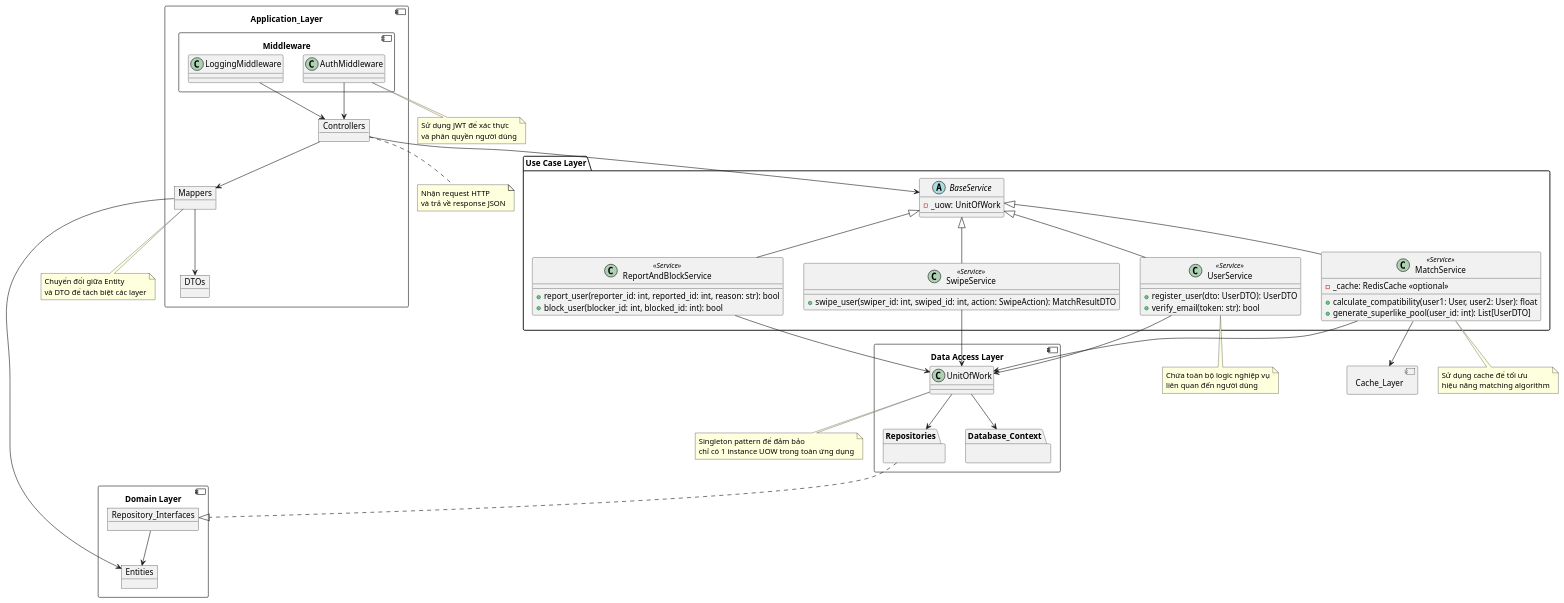
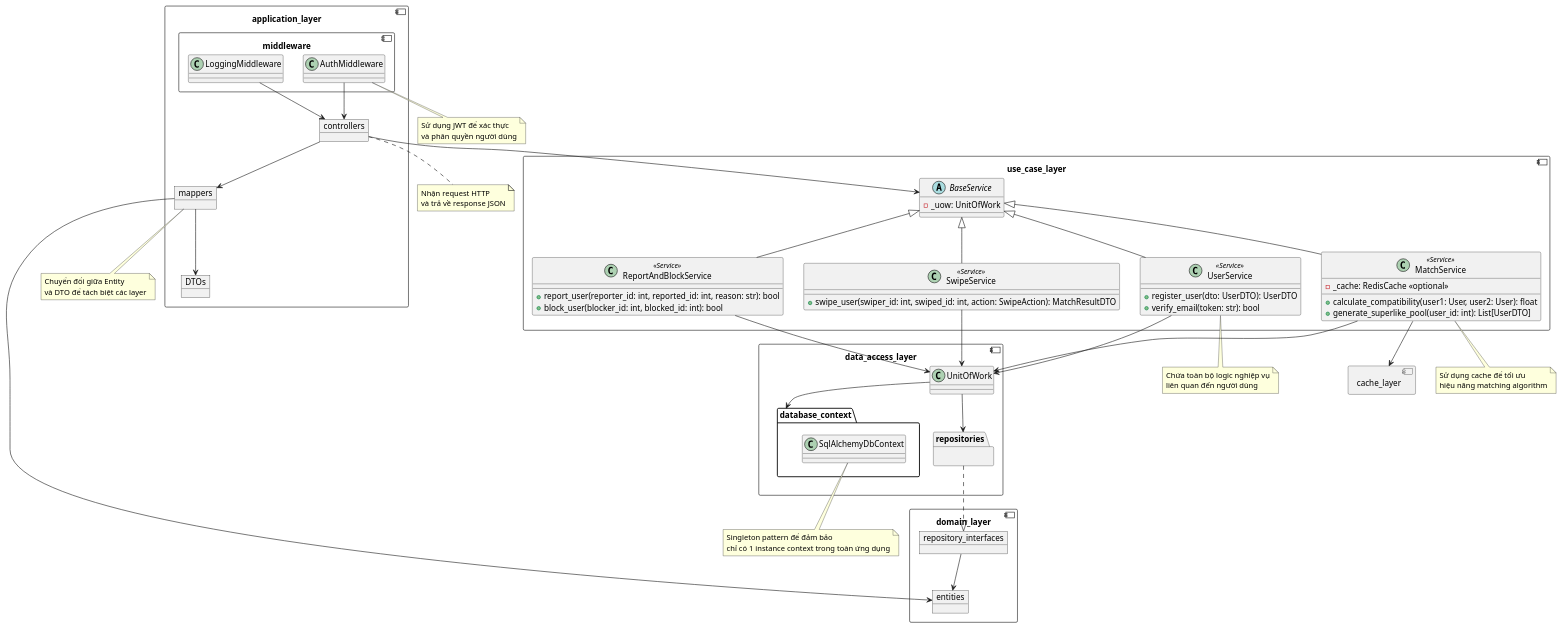
One commit to tammysensitive2312/Tinder-Dating-App-_IT4409 changed the fourth of 5 diagrams in docs/Dating_App_Package_diagram.puml. Above: the diagram before and after it, drawn with PlantUML. The commit also changed other lines of this file and 20 other files, not shown here.

```diff
--- a/docs/Dating_App_Package_diagram.puml
+++ b/docs/Dating_App_Package_diagram.puml
@@ -243,83 +268,85 @@
 @startuml use_case_layer
-package "Use Case Layer" {
+component use_case_layer {
 
     abstract class BaseService {
         -_uow: UnitOfWork
     }
 
     class UserService <<Service>> extends BaseService{
         +register_user(dto: UserDTO): UserDTO
         +verify_email(token: str): bool
     }
 
     class MatchService <<Service>> extends BaseService {
         -_cache: RedisCache <<optional>>
         +calculate_compatibility(user1: User, user2: User): float
         +generate_superlike_pool(user_id: int): List[UserDTO]
     }
 
     class SwipeService <<Service>> extends BaseService {
         +swipe_user(swiper_id: int, swiped_id: int, action: SwipeAction): MatchResultDTO
     }
 
     class ReportAndBlockService <<Service>> extends BaseService {
         +report_user(reporter_id: int, reported_id: int, reason: str): bool
         +block_user(blocker_id: int, blocked_id: int): bool
     }
 }
 
-component "Domain Layer" {
-    object Entities
-    object Repository_Interfaces
+component domain_layer {
+    object entities
+    object repository_interfaces
 }
 
-component "Data Access Layer" {
+component data_access_layer {
     class UnitOfWork
-    package Repositories {}
-    package Database_Context {}
+    package repositories {}
+    package database_context {
+        class SqlAlchemyDbContext
+    }
 }
-component "Application_Layer" {
-    object Controllers
-    object Mappers
+component application_layer {
+    object controllers
+    object mappers
     object DTOs
-    component Middleware {
+    component middleware {
         class AuthMiddleware
         class LoggingMiddleware
     }
 }
 
-component Cache_Layer {
+component cache_layer {
 }
 
 
 ' Relationships
-Controllers --> BaseService
-Controllers --> Mappers
+controllers --> BaseService
+controllers --> mappers
 
 UserService --> UnitOfWork
 MatchService --> UnitOfWork
 ReportAndBlockService --> UnitOfWork
 SwipeService --> UnitOfWork
-MatchService --> Cache_Layer
+MatchService --> cache_layer
 
-Mappers --> Entities
-Mappers --> DTOs
+mappers --> entities
+mappers --> DTOs
 
-AuthMiddleware --> Controllers
-LoggingMiddleware --> Controllers
+AuthMiddleware --> controllers
+LoggingMiddleware --> controllers
 
-UnitOfWork --> Database_Context
-UnitOfWork --> Repositories
+UnitOfWork --> database_context
+UnitOfWork --> repositories
 
-Repositories ..|> Repository_Interfaces
-Repository_Interfaces --> Entities
+repositories ..|> repository_interfaces
+repository_interfaces --> entities
 
 ' Notes
-note bottom of UnitOfWork: Singleton pattern để đảm bảo\nchỉ có 1 instance UOW trong toàn ứng dụng
+note bottom of SqlAlchemyDbContext: Singleton pattern để đảm bảo\nchỉ có 1 instance context trong toàn ứng dụng
 note bottom of AuthMiddleware: Sử dụng JWT để xác thực\nvà phân quyền người dùng
 note bottom of UserService: Chứa toàn bộ logic nghiệp vụ\nliên quan đến người dùng
 note bottom of MatchService: Sử dụng cache để tối ưu\nhiệu năng matching algorithm
-note bottom of Controllers: Nhận request HTTP\nvà trả về response JSON
-note bottom of Mappers: Chuyển đổi giữa Entity\nvà DTO để tách biệt các layer
+note bottom of controllers: Nhận request HTTP\nvà trả về response JSON
+note bottom of mappers: Chuyển đổi giữa Entity\nvà DTO để tách biệt các layer
 
 @enduml
```
